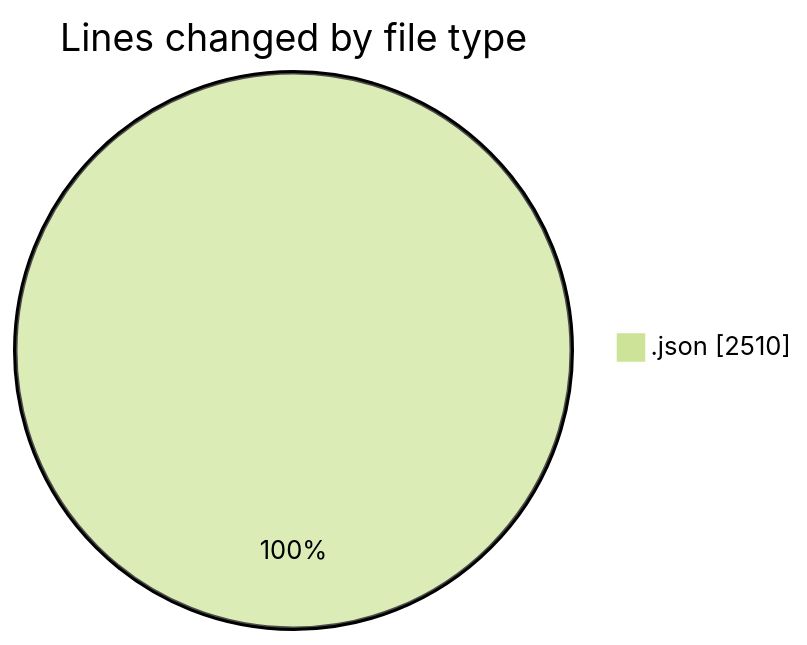
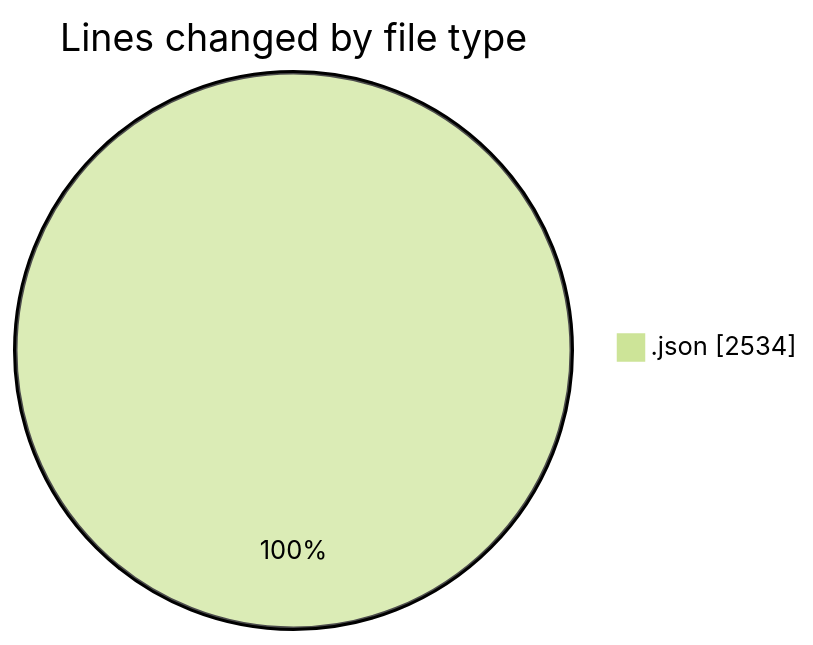
One commit to ricardozamudiocil/code-tracking changed the first of 2 diagrams in 2026-10-20/cilapp/README.md. Above: the diagram before and after it, drawn with Mermaid (forest theme). The commit also changed other lines of this file and 1 other file, not shown here.

````diff
--- a/2026-10-20/cilapp/README.md
+++ b/2026-10-20/cilapp/README.md
@@ -20,5 +20,5 @@
 ```mermaid
 pie showData
 title Lines changed by file type
-".json" : 2510
+".json" : 2534
 ```
````
